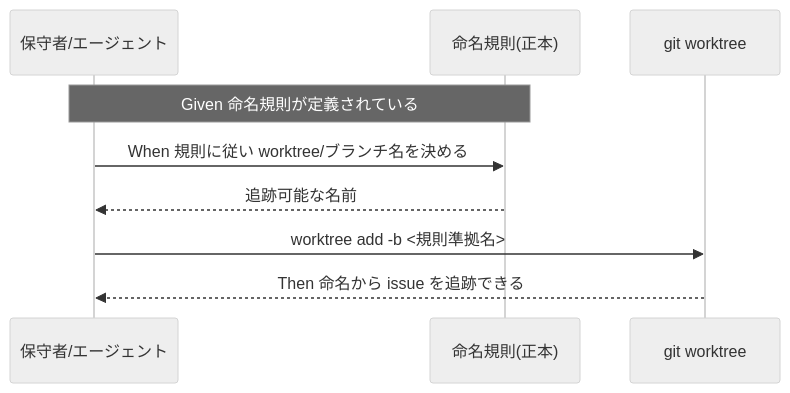
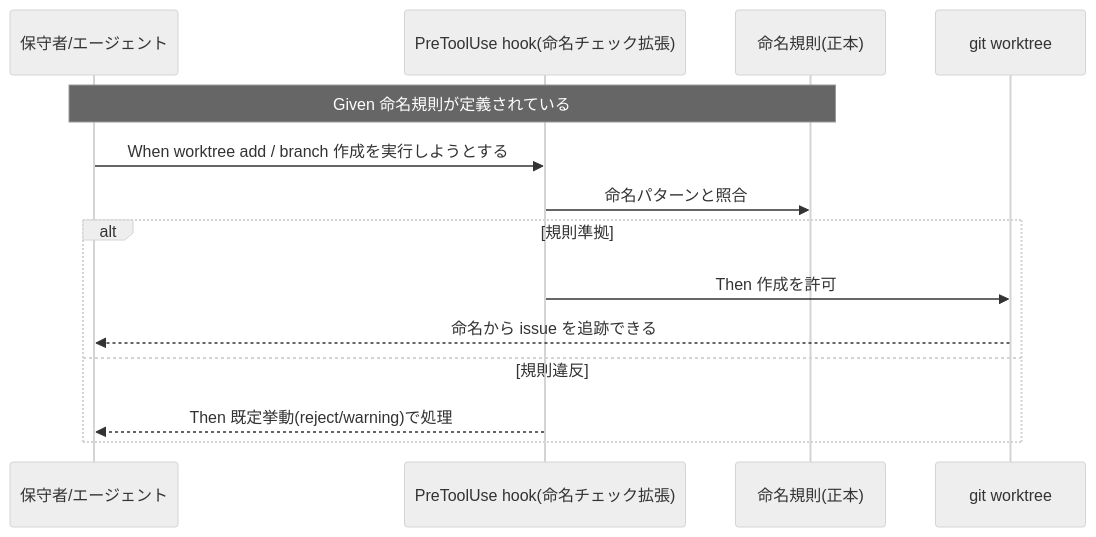
The first of 2 diagrams in docs/maintainer/workflow/20260716_013937_worktree運用規律/01_要件定義.md (techbeansjp-free/AGENTS.md), drawn with Mermaid (neutral theme) before and after one commit. The commit also changed other lines of this file and 1 other file, not shown here.

````diff
--- a/docs/maintainer/workflow/20260716_013937_worktree運用規律/01_要件定義.md
+++ b/docs/maintainer/workflow/20260716_013937_worktree運用規律/01_要件定義.md
@@ -132,12 +181,17 @@
 ```mermaid
 sequenceDiagram
     participant D as 保守者/エージェント
+    participant H as PreToolUse hook(命名チェック拡張)
     participant N as 命名規則(正本)
     participant W as git worktree
 
     Note over D,N: Given 命名規則が定義されている
-    D->>N: When 規則に従い worktree/ブランチ名を決める
-    N-->>D: 追跡可能な名前
-    D->>W: worktree add -b <規則準拠名>
-    W-->>D: Then 命名から issue を追跡できる
+    D->>H: When worktree add / branch 作成を実行しようとする
+    H->>N: 命名パターンと照合
+    alt 規則準拠
+        H->>W: Then 作成を許可
+        W-->>D: 命名から issue を追跡できる
+    else 規則違反
+        H-->>D: Then 既定挙動(reject/warning)で処理
+    end
 ```
````
